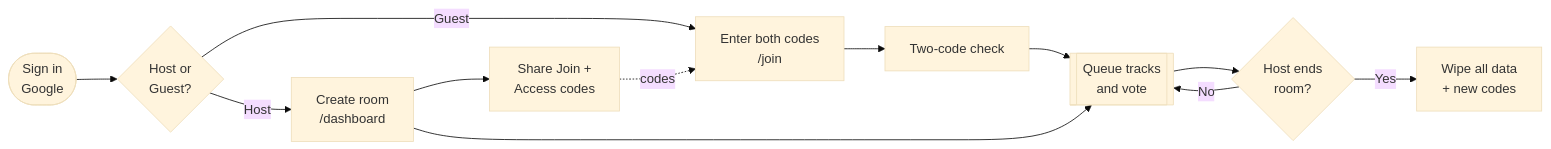
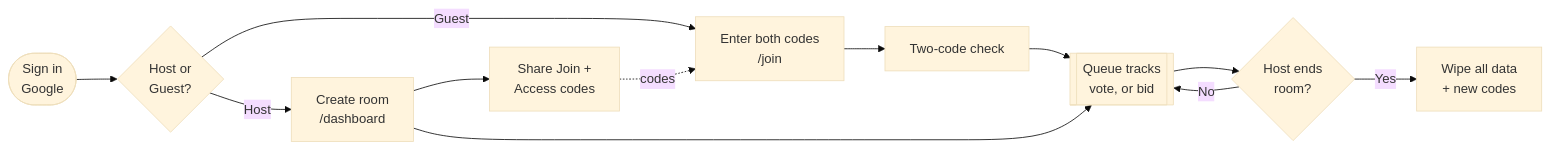
One commit to GEET3001/Muzer changed the first of 11 diagrams in README.md. Above: the diagram before and after it, drawn with Mermaid (base theme). The commit also changed other lines of this file, not shown here.

Commit message:
Document bidding, payouts, and queue ordering in README

````diff
--- a/README.md
+++ b/README.md
@@ -11,14 +15,14 @@
 ```mermaid
 flowchart LR
   A([Sign in<br/>Google]) --> B{Host or<br/>Guest?}
   B -->|Host| C[Create room<br/>/dashboard]
   C --> D[Share Join +<br/>Access codes]
   B -->|Guest| E[Enter both codes<br/>/join]
   D -. codes .-> E
   E --> F[Two-code check]
-  F --> G[[Queue tracks<br/>and vote]]
+  F --> G[[Queue tracks<br/>vote, or bid]]
   C --> G
   G --> H{Host ends<br/>room?}
   H -->|No| G
   H -->|Yes| I[Wipe all data<br/>+ new codes]
 ```
````
